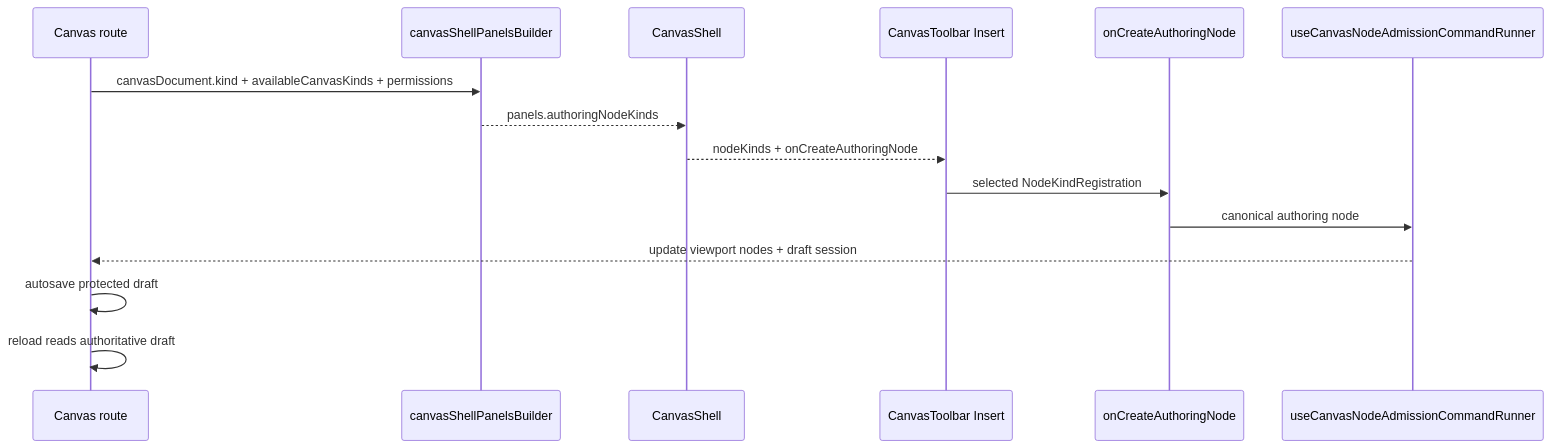
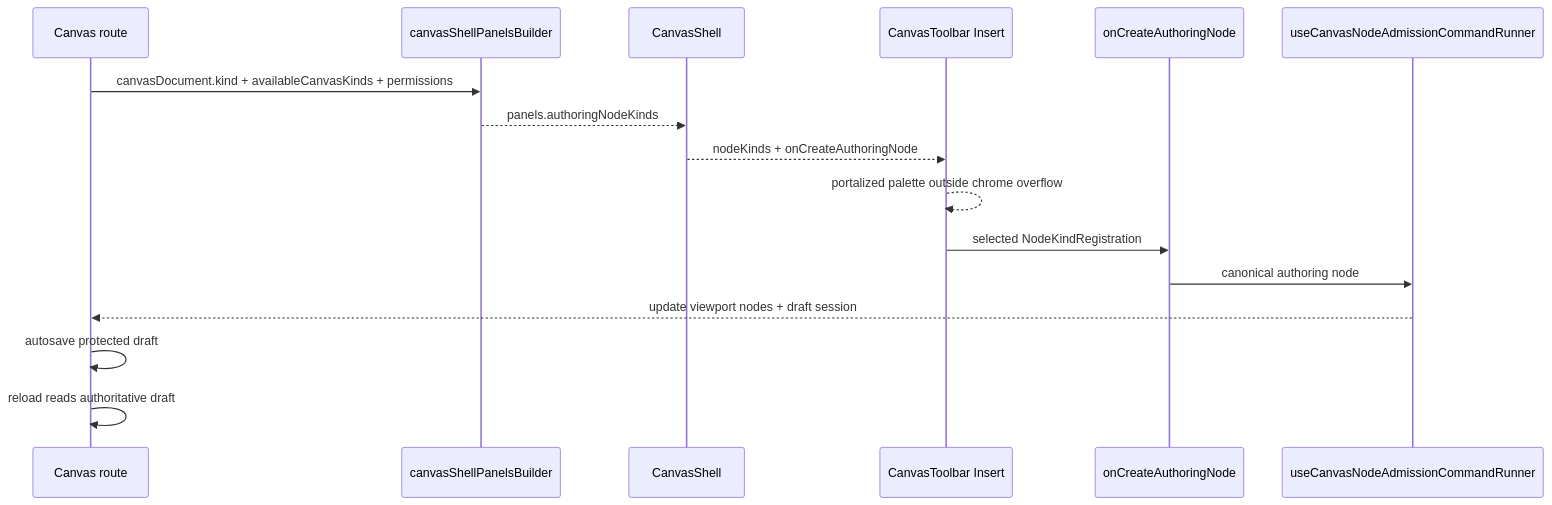
The second of 2 diagrams in docs/architecture/components/web/graph/canvas-ready-node-authoring-entrypoint-component.md (dunay2/dvt), drawn with Mermaid before and after one commit. The commit also changed other lines of this file and 27 other files, not shown here.

````diff
--- a/docs/architecture/components/web/graph/canvas-ready-node-authoring-entrypoint-component.md
+++ b/docs/architecture/components/web/graph/canvas-ready-node-authoring-entrypoint-component.md
@@ -92,18 +95,19 @@
 ```mermaid
 sequenceDiagram
   participant Route as Canvas route
   participant Builder as canvasShellPanelsBuilder
   participant Shell as CanvasShell
   participant Insert as CanvasToolbar Insert
   participant Command as onCreateAuthoringNode
   participant Admission as useCanvasNodeAdmissionCommandRunner
 
   Route->>Builder: canvasDocument.kind + availableCanvasKinds + permissions
   Builder-->>Shell: panels.authoringNodeKinds
   Shell-->>Insert: nodeKinds + onCreateAuthoringNode
+  Insert-->>Insert: portalized palette outside chrome overflow
   Insert->>Command: selected NodeKindRegistration
   Command->>Admission: canonical authoring node
   Admission-->>Route: update viewport nodes + draft session
   Route->>Route: autosave protected draft
   Route->>Route: reload reads authoritative draft
 ```
````
